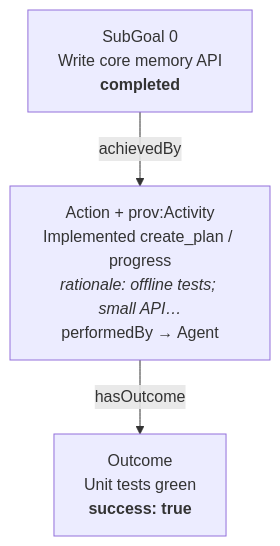
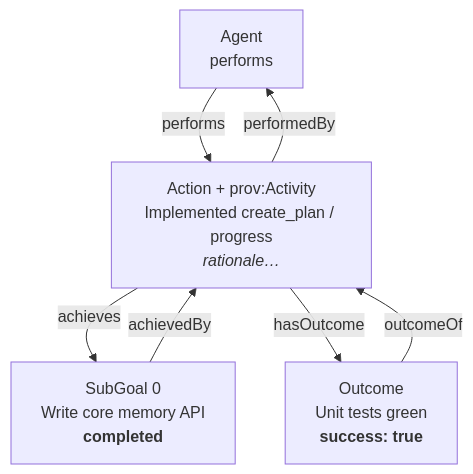
Before and after one commit to sadnanalmanir/agsmo: the diagram in examples/diagrams/03_action_and_explain.mmd, drawn with Mermaid. The commit also changed 24 other files, not shown here.

```diff
--- a/examples/diagrams/03_action_and_explain.mmd
+++ b/examples/diagrams/03_action_and_explain.mmd
@@ -1,7 +1,12 @@
-%% Lesson 03 — Action, outcome, explain
+%% Lesson 03 — Action, outcome, explain (dual edges)
 flowchart TB
+  AG["Agent<br/>performs"]
   SG["SubGoal 0<br/>Write core memory API<br/><b>completed</b>"]
-  ACT["Action + prov:Activity<br/>Implemented create_plan / progress<br/><i>rationale: offline tests; small API…</i><br/>performedBy → Agent"]
+  ACT["Action + prov:Activity<br/>Implemented create_plan / progress<br/><i>rationale…</i>"]
   OUT["Outcome<br/>Unit tests green<br/><b>success: true</b>"]
   SG -->|achievedBy| ACT
+  ACT -->|achieves| SG
+  ACT -->|performedBy| AG
+  AG -->|performs| ACT
   ACT -->|hasOutcome| OUT
+  OUT -->|outcomeOf| ACT
```
